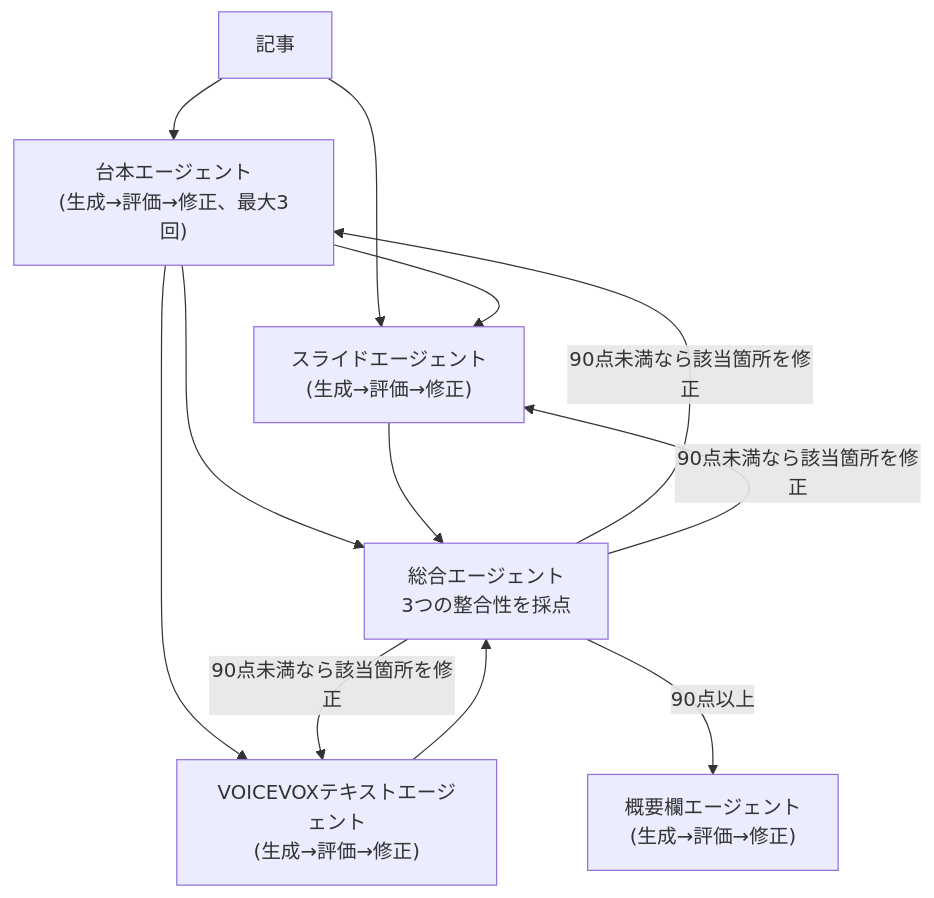
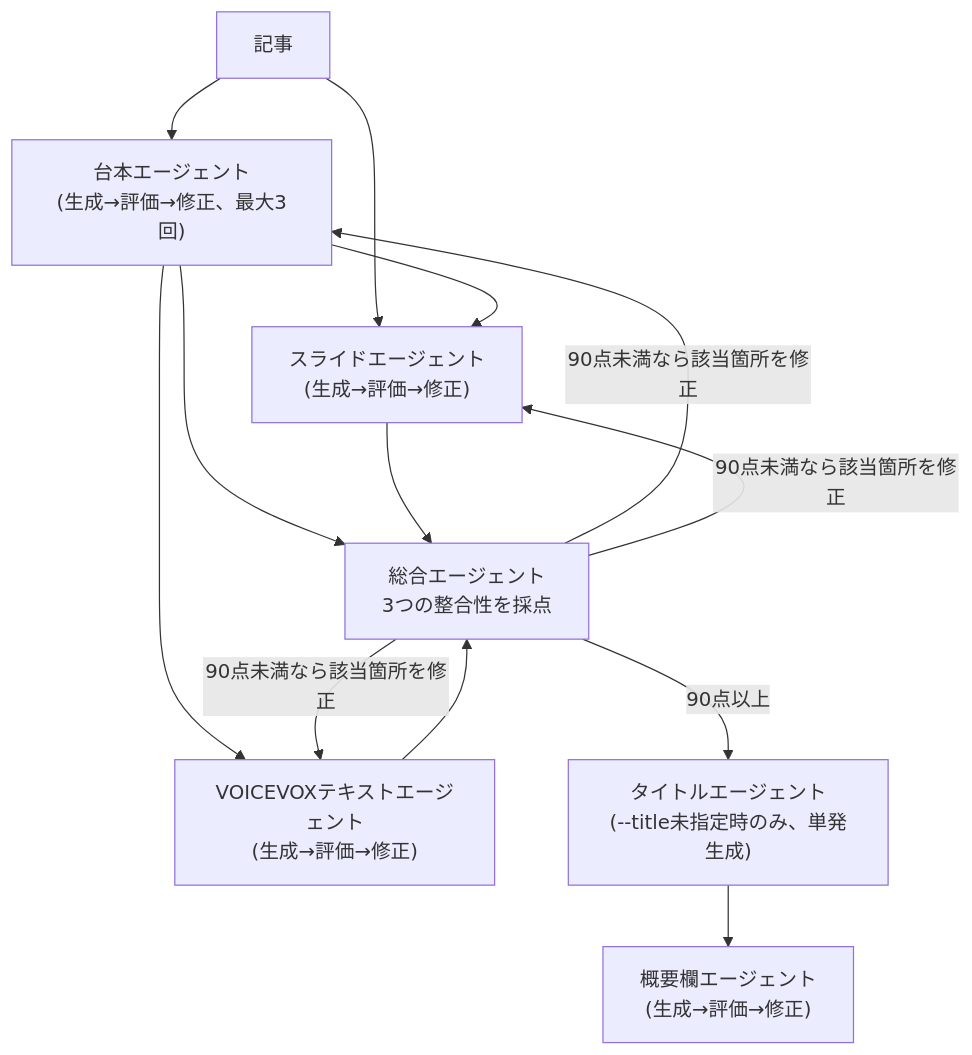
The second of 3 diagrams in README.md (Ken-kichi/video-pipeline), drawn with Mermaid before and after one commit. The commit also changed other lines of this file and 6 other files, not shown here.

````diff
--- a/README.md
+++ b/README.md
@@ -95,14 +95,15 @@
 ```mermaid
 flowchart TD
     Article["記事"] --> Script["台本エージェント<br/>(生成→評価→修正、最大3回)"]
     Article --> Slides
     Script --> Slides["スライドエージェント<br/>(生成→評価→修正)"]
     Script --> Voicevox["VOICEVOXテキストエージェント<br/>(生成→評価→修正)"]
     Script --> Integration
     Slides --> Integration["総合エージェント<br/>3つの整合性を採点"]
     Voicevox --> Integration
     Integration -->|90点未満なら該当箇所を修正| Script
     Integration -->|90点未満なら該当箇所を修正| Slides
     Integration -->|90点未満なら該当箇所を修正| Voicevox
-    Integration -->|90点以上| Description["概要欄エージェント<br/>(生成→評価→修正)"]
+    Integration -->|90点以上| Title["タイトルエージェント<br/>(--title未指定時のみ、単発生成)"]
+    Title --> Description["概要欄エージェント<br/>(生成→評価→修正)"]
 ```
````
